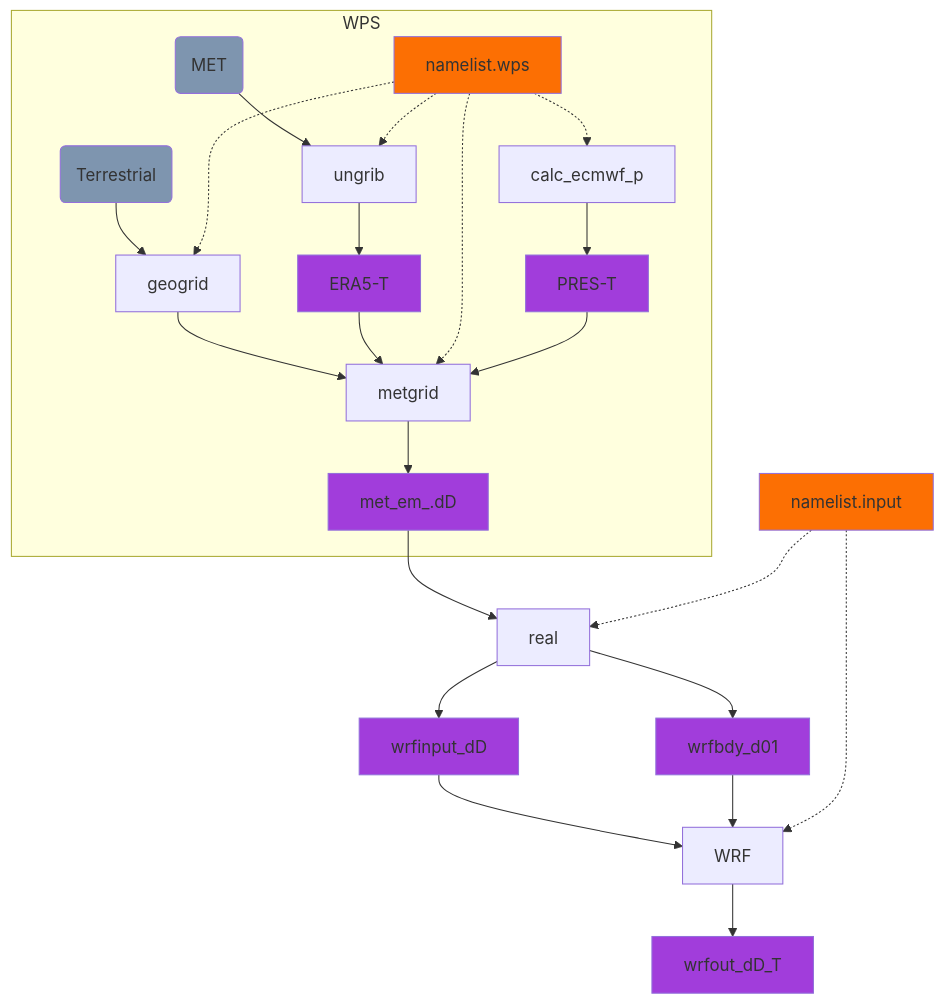
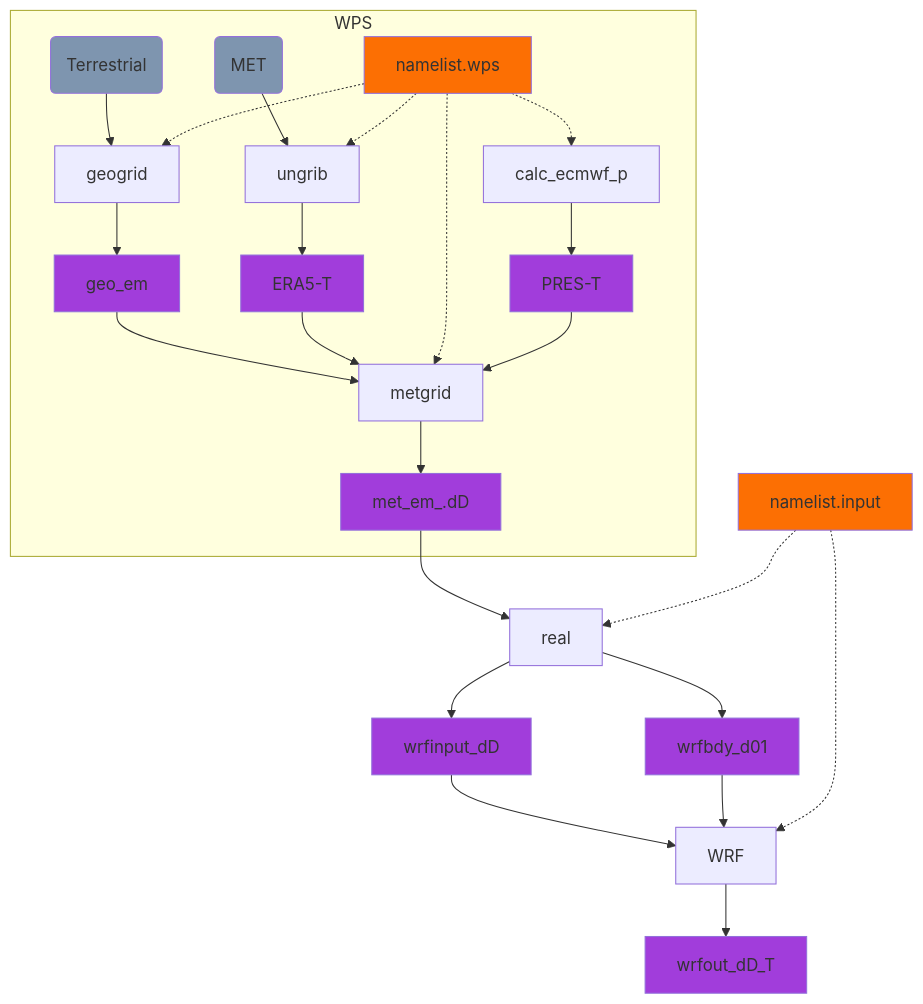
The first of 2 diagrams in tutorial/tutorial.md (e5k/WRF_volcano), drawn with Mermaid before and after one commit. The commit also changed 3 other files, not shown here.

````diff
--- a/tutorial/tutorial.md
+++ b/tutorial/tutorial.md
@@ -24,25 +24,25 @@
 ```mermaid
 flowchart TD
 classDef classA fill:#7e95af; 
 classDef classB fill:#fc6f03;
 classDef classC fill:#a13ddb;
  
     T(Terrestrial):::classA  
     subgraph WPS
-    T --> geogrid--> metgrid 
+    T --> geogrid --> geo_em:::classC --> metgrid 
     M(MET):::classA  --> ungrib --> ERA5-T:::classC --> metgrid 
     namelist.wps:::classB -.-> geogrid
     namelist.wps:::classB -.-> metgrid
     namelist.wps:::classB -.-> ungrib
     namelist.wps:::classB -.-> calc_ecmwf_p
     calc_ecmwf_p --> PRES-T:::classC --> metgrid
     metgrid --> met_em_.dD:::classC 
     end
     met_em_.dD:::classC --> real 
     real --> wrfinput_dD:::classC --> WRF
     real --> wrfbdy_d01:::classC --> WRF
     namelist.input:::classB -.-> real
     namelist.input:::classB -.-> WRF --> wrfout_dD_T:::classC
 
      
 ``` 
````
